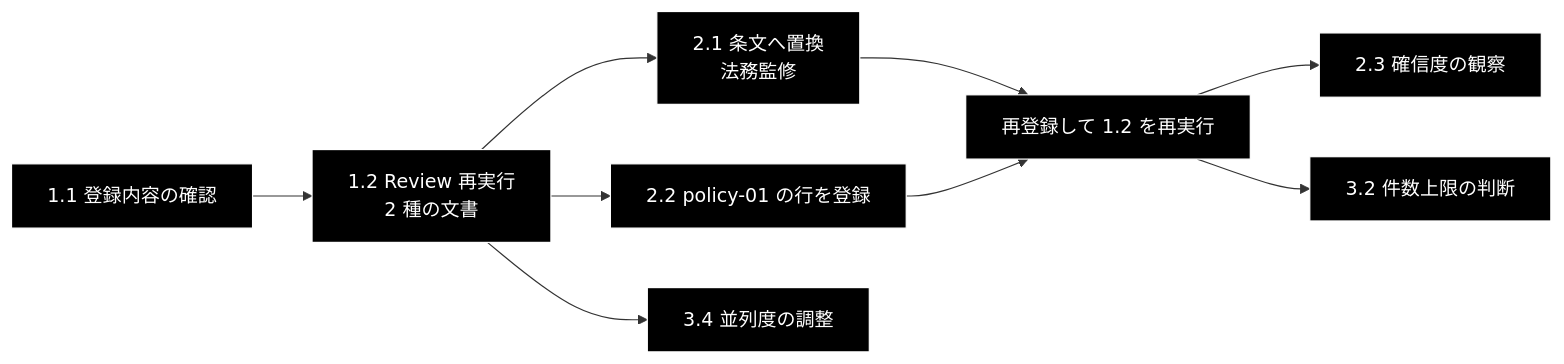
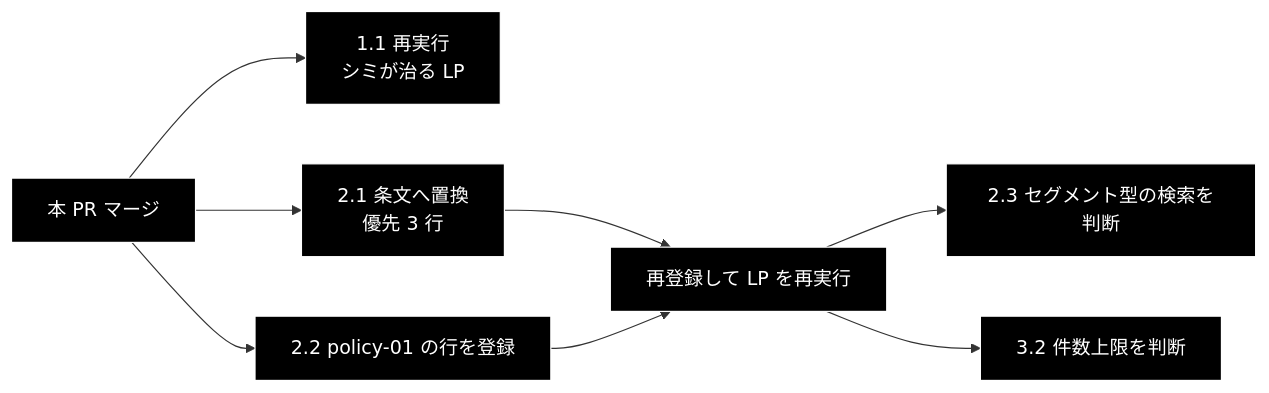
The diagram in docs/review_rag_rules_todo.md (nakashima2toshio/grace_v2), drawn with Mermaid before and after one commit. The commit also changed other lines of this file and 5 other files, not shown here.

````diff
--- a/docs/review_rag_rules_todo.md
+++ b/docs/review_rag_rules_todo.md
@@ -122,14 +113,13 @@
 ```mermaid
 flowchart LR
-    A["1.1 登録内容の確認"] --> B["1.2 Review 再実行<br>2 種の文書"]
-    B --> C["2.1 条文へ置換<br>法務監修"]
-    B --> D["2.2 policy-01 の行を登録"]
-    C --> E["再登録して 1.2 を再実行"]
+    A["本 PR マージ"] --> B["1.1 再実行<br>シミが治る LP"]
+    A --> C["2.1 条文へ置換<br>優先 3 行"]
+    A --> D["2.2 policy-01 の行を登録"]
+    C --> E["再登録して LP を再実行"]
     D --> E
-    E --> F["2.3 確信度の観察"]
-    E --> G["3.2 件数上限の判断"]
-    B --> H["3.4 並列度の調整"]
+    E --> F["2.3 セグメント型の検索を判断"]
+    E --> G["3.2 件数上限を判断"]
 classDef default fill:#000,stroke:#fff,color:#fff
 classDef subgraphStyle fill:#1a1a1a,stroke:#fff,color:#fff
-class A,B,C,D,E,F,G,H default
+class A,B,C,D,E,F,G default
 ```
````
